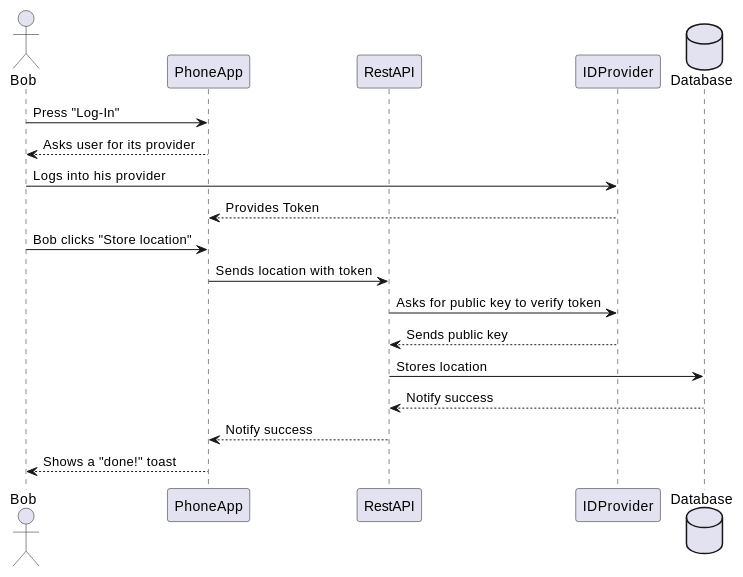
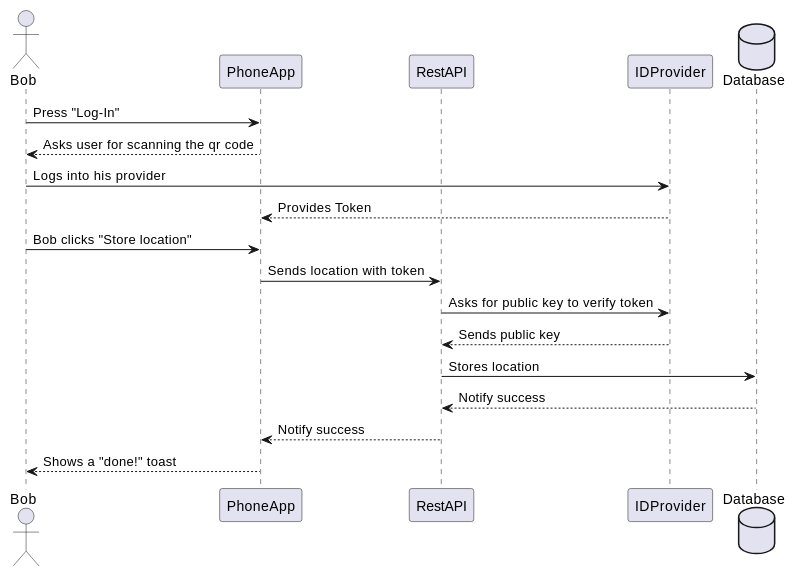
Before and after one commit to Arquisoft/radarin_en3b: the first of 2 diagrams in webapp/docs/06_runtime_view.adoc, drawn with PlantUML. The commit also changed other lines of this file and 6 other files, not shown here.

```diff
--- a/webapp/docs/06_runtime_view.adoc
+++ b/webapp/docs/06_runtime_view.adoc
@@ -40,20 +11,20 @@
 [plantuml,"Current user location diagram",png]
 ----
 actor Bob
 participant PhoneApp
 participant RestAPI
 participant IDProvider
 database MongoDb as "Database"
 Bob -> PhoneApp: Press "Log-In"
-PhoneApp --> Bob: Asks user for its provider
+PhoneApp --> Bob: Asks user for scanning the qr code
 Bob -> IDProvider: Logs into his provider
 IDProvider --> PhoneApp: Provides Token
 Bob -> PhoneApp: Bob clicks "Store location"
 PhoneApp  -> RestAPI: Sends location with token
 RestAPI -> IDProvider: Asks for public key to verify token
 IDProvider --> RestAPI: Sends public key
 RestAPI -> MongoDb: Stores location
 MongoDb --> RestAPI: Notify success
 RestAPI --> PhoneApp: Notify success
 PhoneApp --> Bob: Shows a "done!" toast
 ----
```
